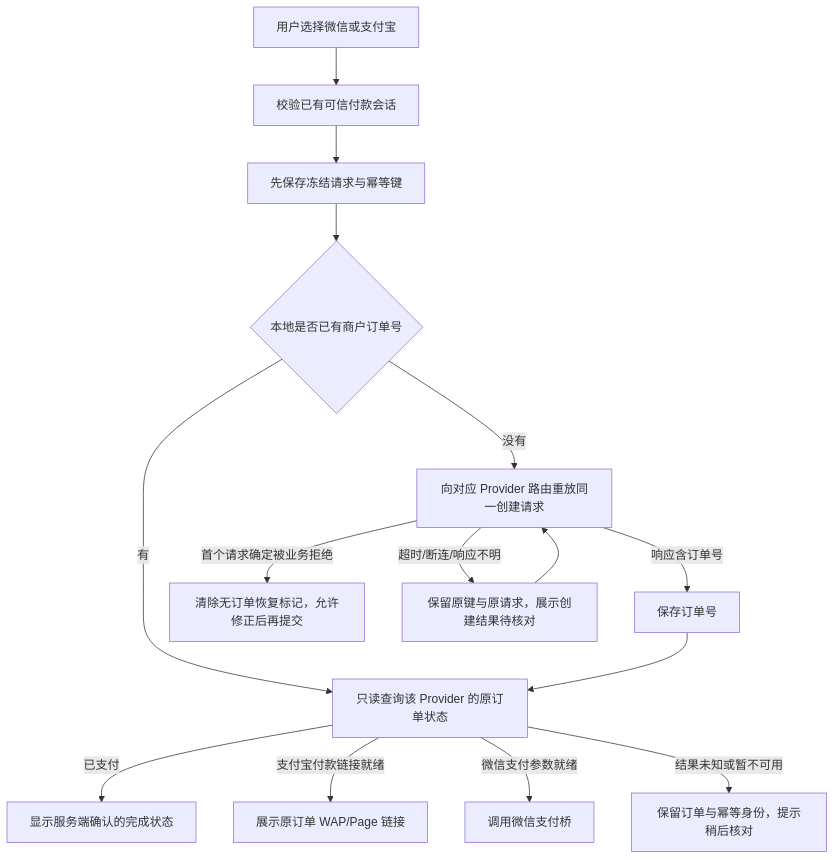
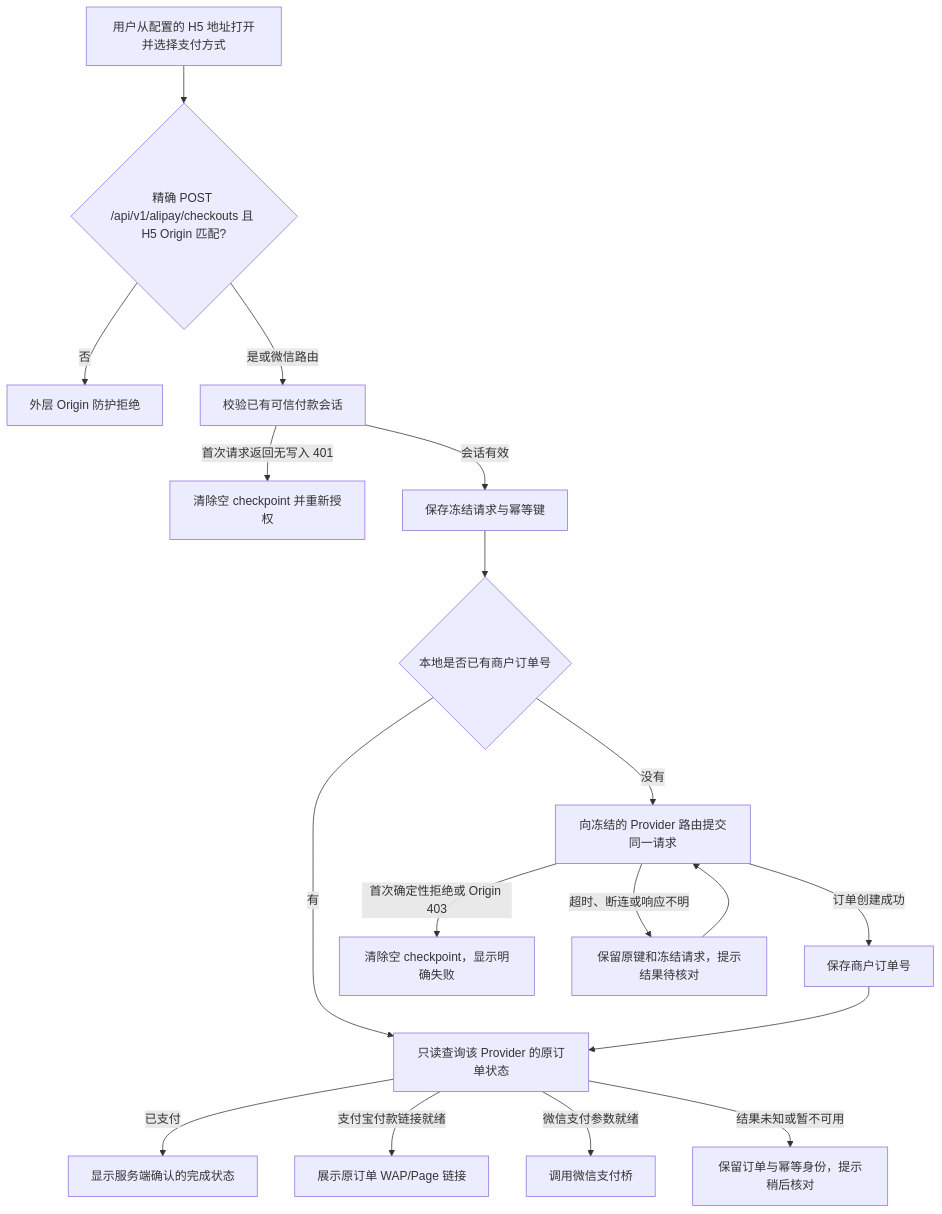
Before and after one commit to qianlan33333-png/AI-CRM-v4: the diagram in docs/prd/2026-09-24-alipay-checkout-readback-recovery.md, drawn with Mermaid. The commit also changed other lines of this file and 8 other files, not shown here.

````diff
--- a/docs/prd/2026-09-24-alipay-checkout-readback-recovery.md
+++ b/docs/prd/2026-09-24-alipay-checkout-readback-recovery.md
@@ -5,17 +5,20 @@
 ```mermaid
 flowchart TD
-  A[用户选择微信或支付宝] --> B[校验已有可信付款会话]
-  B --> C[先保存冻结请求与幂等键]
-  C --> D{本地是否已有商户订单号}
-  D -->|没有| E[向对应 Provider 路由重放同一创建请求]
-  E -->|响应含订单号| F[保存订单号]
-  E -->|首个请求确定被业务拒绝| X[清除无订单恢复标记，允许修正后再提交]
-  E -->|超时/断连/响应不明| G[保留原键与原请求，展示创建结果待核对]
-  G --> E
-  D -->|有| H[只读查询该 Provider 的原订单状态]
-  F --> H
-  H -->|已支付| I[显示服务端确认的完成状态]
-  H -->|支付宝付款链接就绪| J[展示原订单 WAP/Page 链接]
-  H -->|微信支付参数就绪| K[调用微信支付桥]
-  H -->|结果未知或暂不可用| L[保留订单与幂等身份，提示稍后核对]
+  A[用户从配置的 H5 地址打开并选择支付方式] --> O{精确 POST /api/v1/alipay/checkouts 且 H5 Origin 匹配?}
+  O -->|否| R[外层 Origin 防护拒绝]
+  O -->|是或微信路由| B[校验已有可信付款会话]
+  B -->|首次请求返回无写入 401| C[清除空 checkpoint 并重新授权]
+  B -->|会话有效| D[保存冻结请求与幂等键]
+  D --> E{本地是否已有商户订单号}
+  E -->|没有| F[向冻结的 Provider 路由提交同一请求]
+  F -->|订单创建成功| G[保存商户订单号]
+  F -->|首次确定性拒绝或 Origin 403| H[清除空 checkpoint，显示明确失败]
+  F -->|超时、断连或响应不明| U[保留原键和冻结请求，提示结果待核对]
+  U --> F
+  E -->|有| I[只读查询该 Provider 的原订单状态]
+  G --> I
+  I -->|已支付| J[显示服务端确认的完成状态]
+  I -->|支付宝付款链接就绪| K[展示原订单 WAP/Page 链接]
+  I -->|微信支付参数就绪| L[调用微信支付桥]
+  I -->|结果未知或暂不可用| M[保留订单与幂等身份，提示稍后核对]
 ```
````
